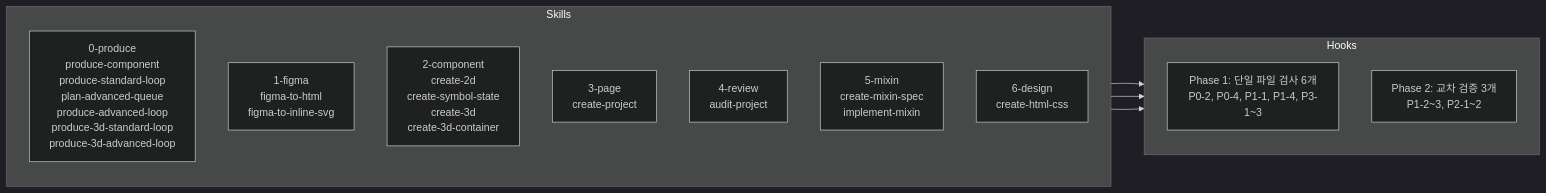
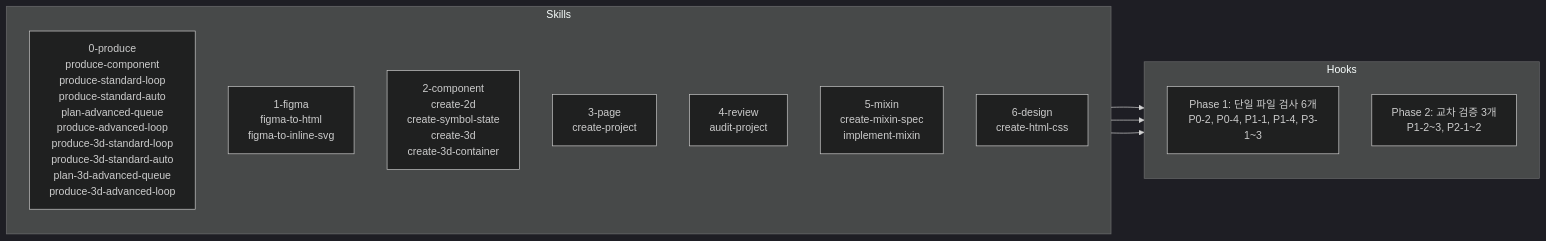
One commit to dysong-lab/WEB_BUILDER_TOOLKIT changed the second of 2 diagrams in CLAUDE.md. Above: the diagram before and after it, drawn with Mermaid (dark theme). The commit also changed other lines of this file and 397 other files, not shown here.

````diff
--- a/CLAUDE.md
+++ b/CLAUDE.md
@@ -29,23 +29,23 @@
 ```mermaid
 flowchart LR
     subgraph Skills
         direction TB
-        S0[0-produce<br/>produce-component<br/>produce-standard-loop<br/>plan-advanced-queue<br/>produce-advanced-loop<br/>produce-3d-standard-loop<br/>produce-3d-advanced-loop]
+        S0[0-produce<br/>produce-component<br/>produce-standard-loop<br/>produce-standard-auto<br/>plan-advanced-queue<br/>produce-advanced-loop<br/>produce-3d-standard-loop<br/>produce-3d-standard-auto<br/>plan-3d-advanced-queue<br/>produce-3d-advanced-loop]
         S1[1-figma<br/>figma-to-html<br/>figma-to-inline-svg]
         S2[2-component<br/>create-2d<br/>create-symbol-state<br/>create-3d<br/>create-3d-container]
         S3[3-page<br/>create-project]
         S4[4-review<br/>audit-project]
         S5[5-mixin<br/>create-mixin-spec<br/>implement-mixin]
         S6[6-design<br/>create-html-css]
     end
 
     subgraph Hooks
         direction TB
         H1[Phase 1: 단일 파일 검사 6개<br/>P0-2, P0-4, P1-1, P1-4, P3-1~3]
         H2[Phase 2: 교차 검증 3개<br/>P1-2~3, P2-1~2]
     end
 
     S2 --> H1
     S2 --> H2
     S3 --> H2
 ```
````
